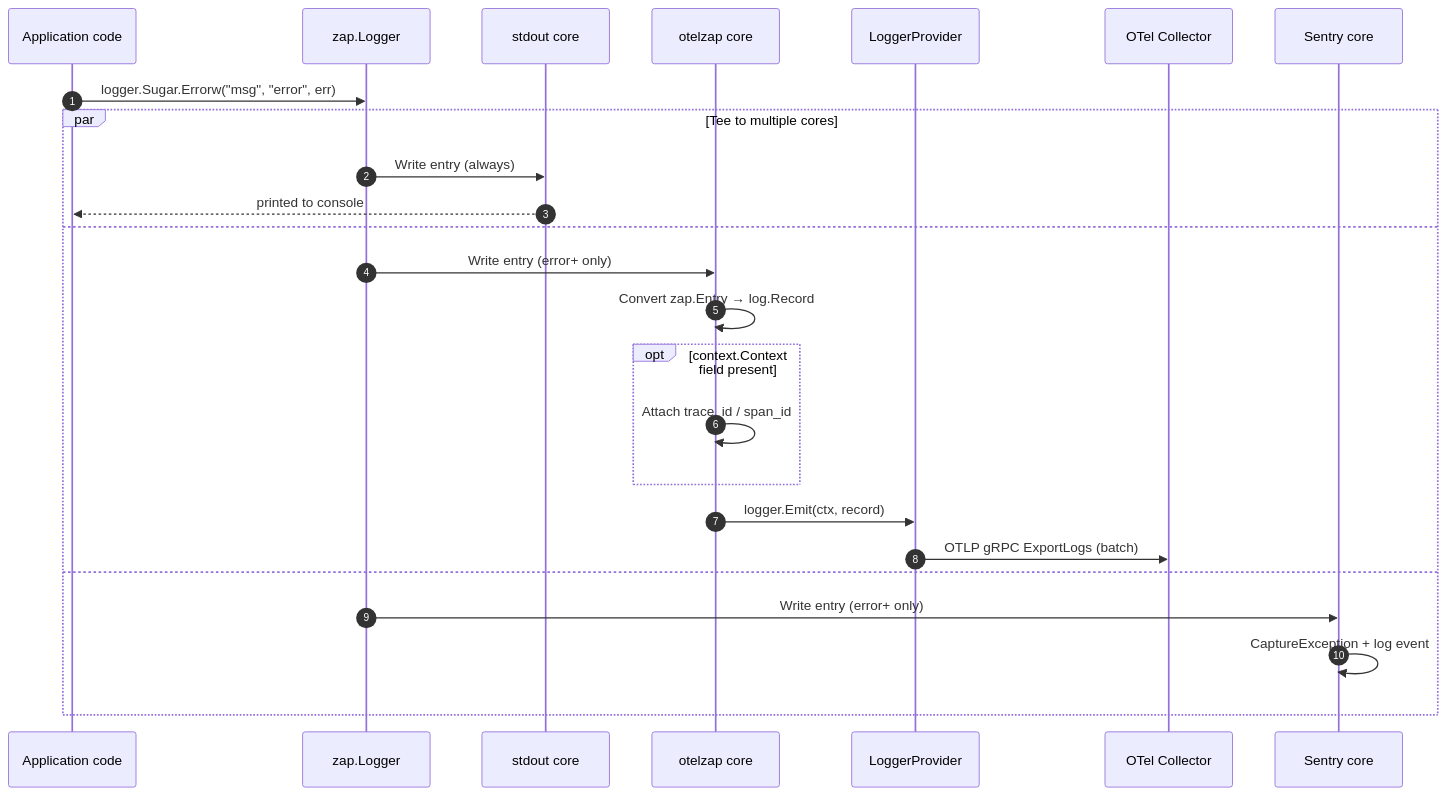
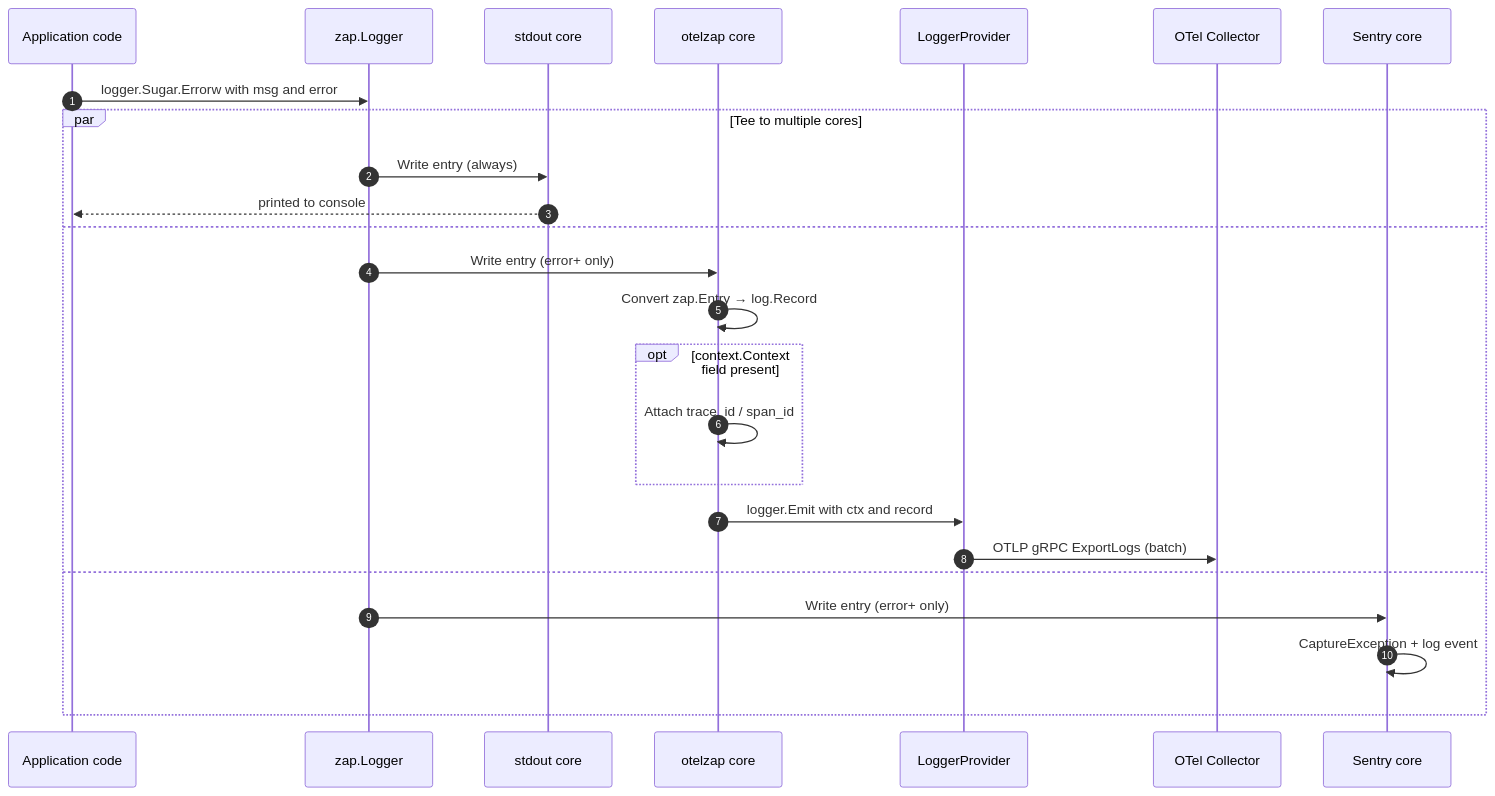
One commit to duy-nguyen-van/golang-boilerplate changed the third of 5 diagrams in docs/OPENTELEMETRY.md. Above: the diagram before and after it, drawn with Mermaid. The commit also changed other lines of this file, not shown here.

Commit message:
Add otel

````diff
--- a/docs/OPENTELEMETRY.md
+++ b/docs/OPENTELEMETRY.md
@@ -173,29 +173,29 @@
 ```mermaid
 sequenceDiagram
     autonumber
     participant Code as Application code
     participant Zap as zap.Logger
     participant Stdout as stdout core
     participant OTelCore as otelzap core
     participant LP as LoggerProvider
     participant Collector as OTel Collector
     participant Sentry as Sentry core
 
-    Code->>Zap: logger.Sugar.Errorw("msg", "error", err)
+    Code->>Zap: logger.Sugar.Errorw with msg and error
 
     par Tee to multiple cores
         Zap->>Stdout: Write entry (always)
         Stdout-->>Code: printed to console
     and
         Zap->>OTelCore: Write entry (error+ only)
         OTelCore->>OTelCore: Convert zap.Entry → log.Record
         opt context.Context field present
             OTelCore->>OTelCore: Attach trace_id / span_id
         end
-        OTelCore->>LP: logger.Emit(ctx, record)
+        OTelCore->>LP: logger.Emit with ctx and record
         LP->>Collector: OTLP gRPC ExportLogs (batch)
     and
         Zap->>Sentry: Write entry (error+ only)
         Sentry->>Sentry: CaptureException + log event
     end
 ```
````
